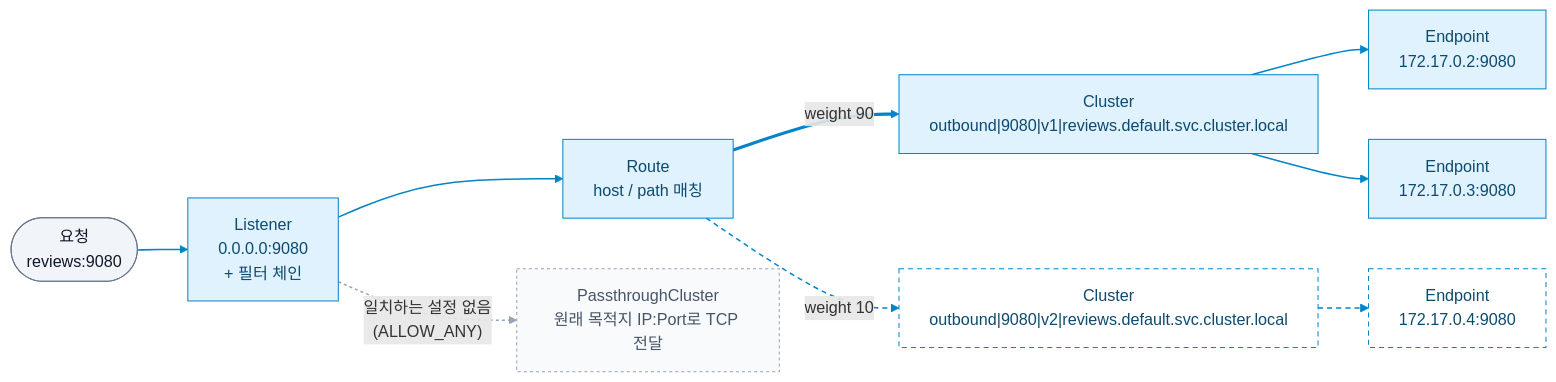
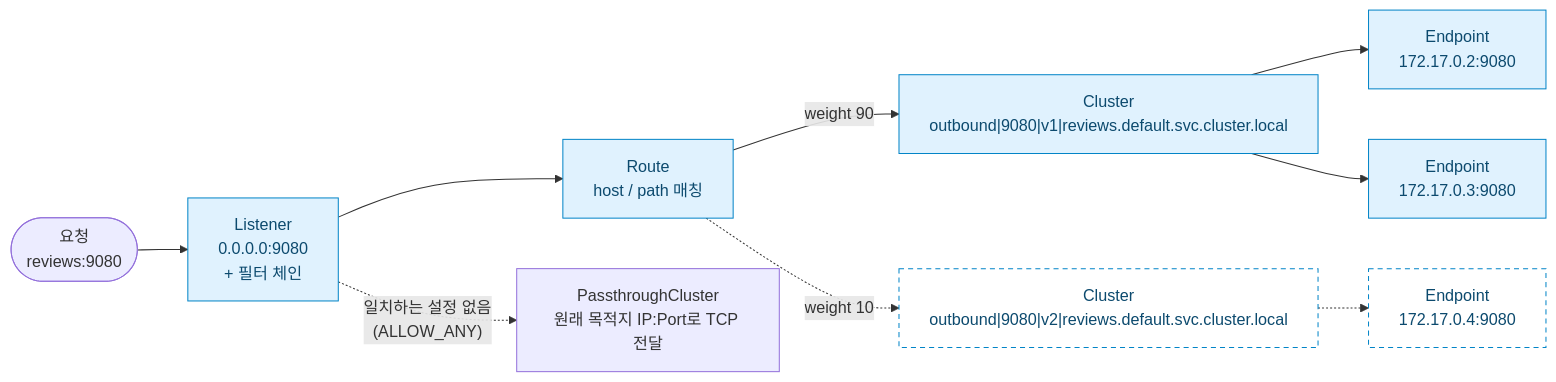
One commit to ChanghwanK/ChanghwanK.github.io changed the second of 6 diagrams in content/posts/2026-09-26-istio-envoy-xds/index.md. Above: the diagram before and after it, drawn with Mermaid. The commit also changed other lines of this file, not shown here.

First line of the commit message:
content(blog): tone diagrams down to a single blue accent

````diff
--- a/content/posts/2026-09-26-istio-envoy-xds/index.md
+++ b/content/posts/2026-09-26-istio-envoy-xds/index.md
@@ -81,24 +70,16 @@
 ```mermaid
 flowchart LR
   REQ(["요청<br/>reviews:9080"]) --> L["Listener<br/>0.0.0.0:9080<br/>+ 필터 체인"]
   L --> R["Route<br/>host / path 매칭"]
   R -->|"weight 90"| C1["Cluster<br/>outbound#124;9080#124;v1#124;reviews.default.svc.cluster.local"]
   R -.->|"weight 10"| C2["Cluster<br/>outbound#124;9080#124;v2#124;reviews.default.svc.cluster.local"]
   C1 --> E1["Endpoint<br/>172.17.0.2:9080"]
   C1 --> E2["Endpoint<br/>172.17.0.3:9080"]
   C2 -.-> E3["Endpoint<br/>172.17.0.4:9080"]
   L -.->|"일치하는 설정 없음<br/>(ALLOW_ANY)"| P["PassthroughCluster<br/>원래 목적지 IP:Port로 TCP 전달"]
-  classDef request fill:#f1f5f9,stroke:#64748b,color:#0f172a
-  classDef stable fill:#e0f2fe,stroke:#0284c7,color:#0c4a6e
+
+  classDef accent fill:#e0f2fe,stroke:#0284c7,color:#0c4a6e
   classDef canary fill:#ffffff,stroke:#0284c7,stroke-dasharray:5 4,color:#0c4a6e
-  classDef fallback fill:#f8fafc,stroke:#94a3b8,stroke-dasharray:3 3,color:#475569
-  class REQ request
-  class L,R,C1,E1,E2 stable
+  class L,R,C1,E1,E2 accent
   class C2,E3 canary
-  class P fallback
-
-  linkStyle 0,1,4,5 stroke:#0284c7,stroke-width:1.5px
-  linkStyle 2 stroke:#0284c7,stroke-width:3px
-  linkStyle 3,6 stroke:#0284c7,stroke-width:1.5px,stroke-dasharray:5 4
-  linkStyle 7 stroke:#94a3b8,stroke-width:1.5px,stroke-dasharray:3 3
 ```
````
